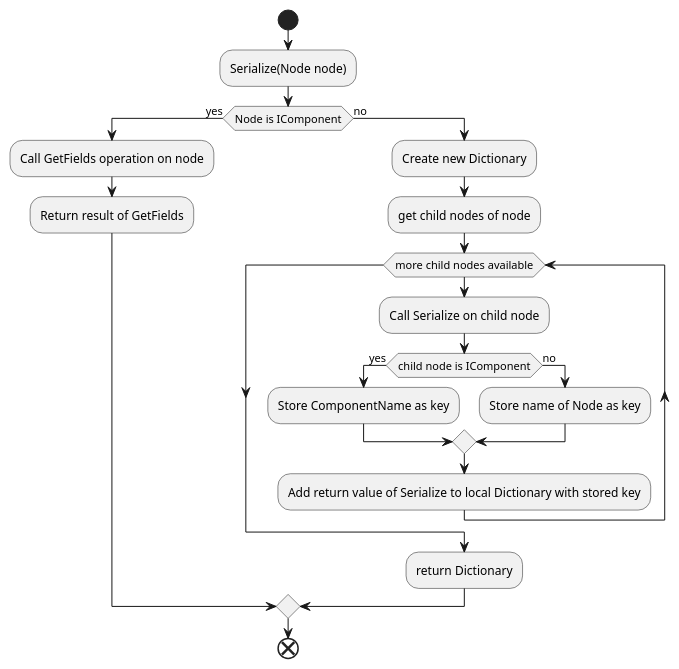
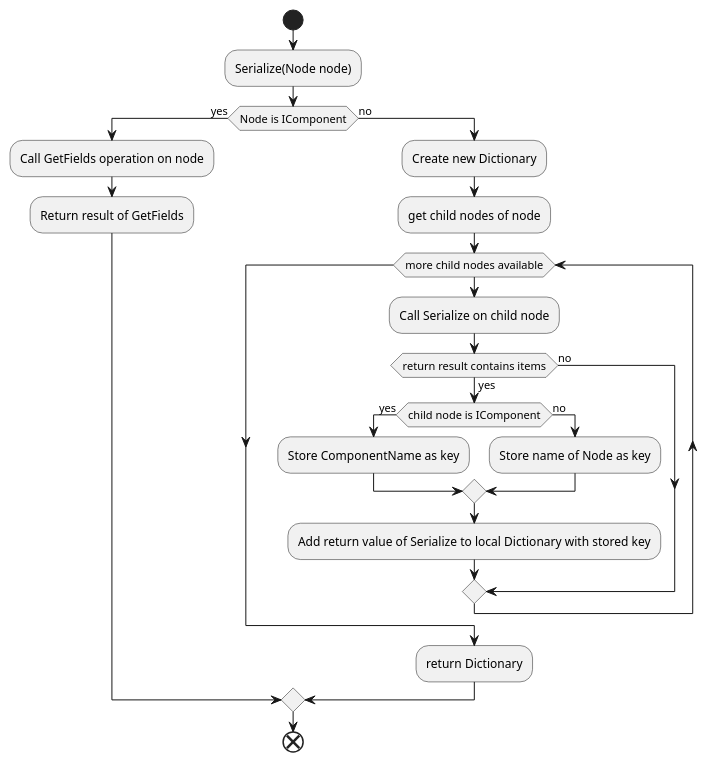
One commit to Beliar83/godot-component-system-old changed the diagram in model/ComponentSerializer_Serialize.puml. Above: the diagram before and after it, drawn with PlantUML.

Commit message:
- Added check for empty list.

```diff
--- a/model/ComponentSerializer_Serialize.puml
+++ b/model/ComponentSerializer_Serialize.puml
@@ -1,23 +1,26 @@
 @startuml
 start
 	'' Dictionary<string, object> Serialize(Node node)
 	:Serialize(Node node);
 	if (Node is IComponent) then (yes)
 		:Call GetFields operation on node;
 		:Return result of GetFields;
 	else (no)
 		:Create new Dictionary;
 		:get child nodes of node;
 		while (more child nodes available)
 			:Call Serialize on child node;
-			if (child node is IComponent) then (yes)
-				:Store ComponentName as key;
+			if (return result contains items) then (yes)
+				if (child node is IComponent) then (yes)
+					:Store ComponentName as key;
+				else (no)
+					:Store name of Node as key;
+				endif
+				:Add return value of Serialize to local Dictionary with stored key;
 			else (no)
-				:Store name of Node as key;
 			endif
-			:Add return value of Serialize to local Dictionary with stored key;
 		endwhile
 		:return Dictionary;
 	endif
 end
 @enduml
```
